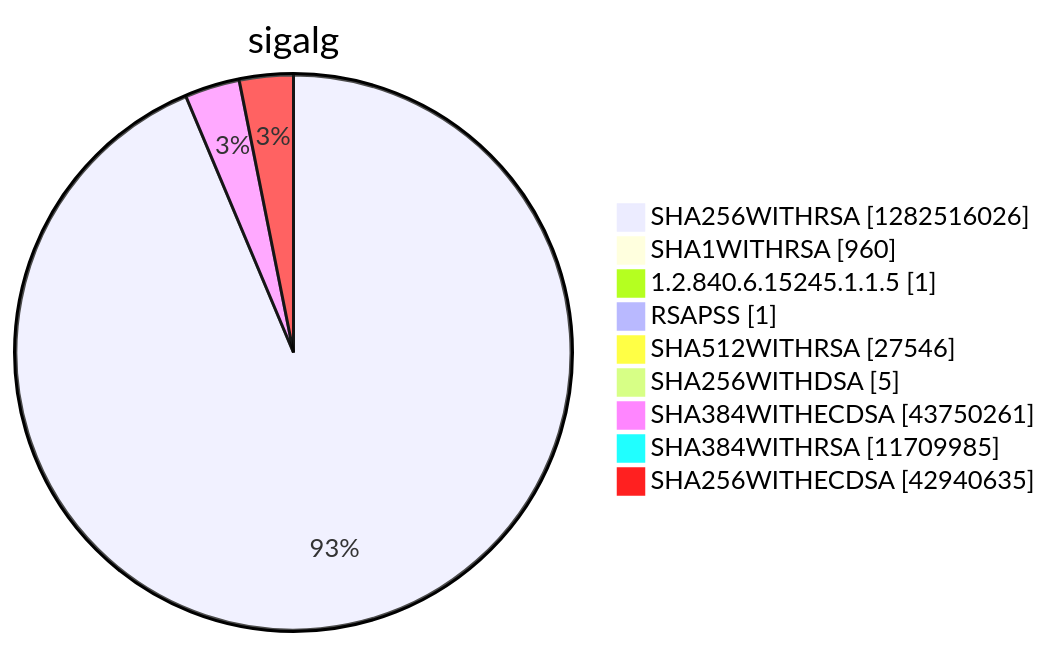
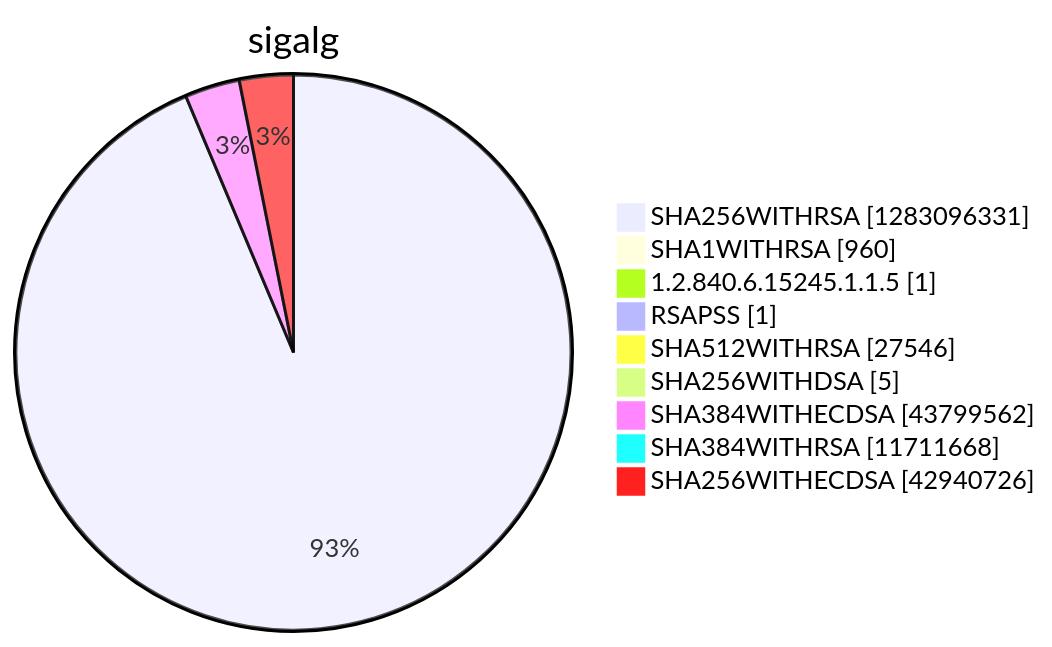
Diagram 15 of 15 in argon2022/README.md (christiankrug/ctmonitor_visualization), drawn with Mermaid before and after one commit. The commit also changed other lines of this file, not shown here.

````diff
--- a/argon2022/README.md
+++ b/argon2022/README.md
@@ -5523,13 +5523,13 @@
 ```mermaid
 pie showData
 title sigalg
-"SHA256WITHRSA" :1282516026
+"SHA256WITHRSA" :1283096331
 "SHA1WITHRSA" :960
 "1.2.840.6.15245.1.1.5" :1
 "RSAPSS" :1
 "SHA512WITHRSA" :27546
 "SHA256WITHDSA" :5
-"SHA384WITHECDSA" :43750261
-"SHA384WITHRSA" :11709985
-"SHA256WITHECDSA" :42940635
+"SHA384WITHECDSA" :43799562
+"SHA384WITHRSA" :11711668
+"SHA256WITHECDSA" :42940726
 ```
````
